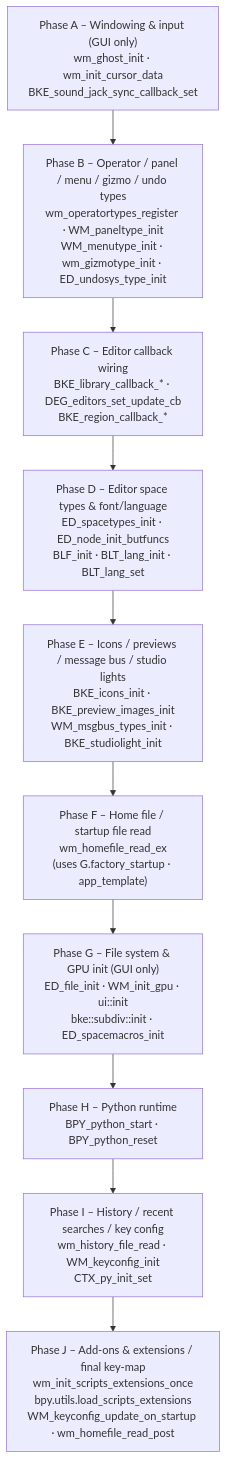
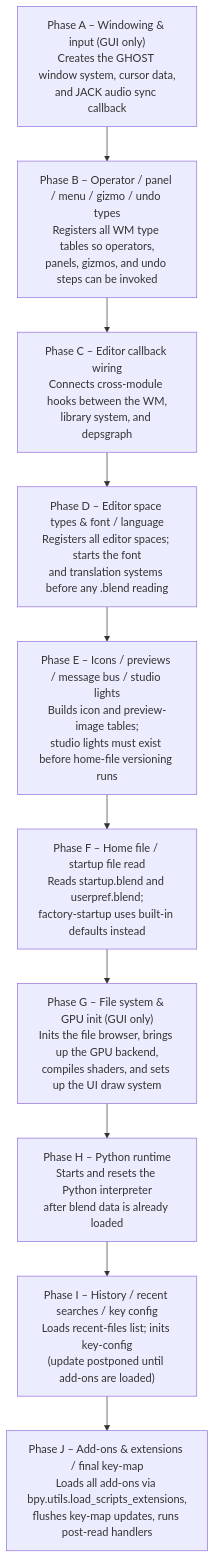
One commit to euclid-skyline/Blender_Internals_Notes changed the third of 3 diagrams in Blender_Bootstrapping.md. Above: the diagram before and after it, drawn with Mermaid.

Commit message:
docs: enhance mermaid flowchart in WM_init() with detailed phase descriptions

````diff
--- a/Blender_Bootstrapping.md
+++ b/Blender_Bootstrapping.md
@@ -687,15 +687,15 @@
 ```mermaid
 flowchart TD
-    A["Phase A – Windowing & input (GUI only)\nwm_ghost_init · wm_init_cursor_data\nBKE_sound_jack_sync_callback_set"]
-    B["Phase B – Operator / panel / menu / gizmo / undo types\nwm_operatortypes_register · WM_paneltype_init\nWM_menutype_init · wm_gizmotype_init · ED_undosys_type_init"]
-    C["Phase C – Editor callback wiring\nBKE_library_callback_* · DEG_editors_set_update_cb\nBKE_region_callback_*"]
-    D["Phase D – Editor space types & font/language\nED_spacetypes_init · ED_node_init_butfuncs\nBLF_init · BLT_lang_init · BLT_lang_set"]
-    E["Phase E – Icons / previews / message bus / studio lights\nBKE_icons_init · BKE_preview_images_init\nWM_msgbus_types_init · BKE_studiolight_init"]
-    F["Phase F – Home file / startup file read\nwm_homefile_read_ex\n(uses G.factory_startup · app_template)"]
-    G2["Phase G – File system & GPU init (GUI only)\nED_file_init · WM_init_gpu · ui::init\nbke::subdiv::init · ED_spacemacros_init"]
-    H["Phase H – Python runtime\nBPY_python_start · BPY_python_reset"]
-    I["Phase I – History / recent searches / key config\nwm_history_file_read · WM_keyconfig_init\nCTX_py_init_set"]
-    J["Phase J – Add-ons & extensions / final key-map\nwm_init_scripts_extensions_once\nbpy.utils.load_scripts_extensions\nWM_keyconfig_update_on_startup · wm_homefile_read_post"]
+    A["Phase A – Windowing & input (GUI only)<br/>Creates the GHOST window system, cursor data,<br/>and JACK audio sync callback"]
+    B["Phase B – Operator / panel / menu / gizmo / undo types<br/>Registers all WM type tables so operators,<br/>panels, gizmos, and undo steps can be invoked"]
+    C["Phase C – Editor callback wiring<br/>Connects cross-module hooks between the WM,<br/>library system, and depsgraph"]
+    D["Phase D – Editor space types & font / language<br/>Registers all editor spaces; starts the font<br/>and translation systems before any .blend reading"]
+    E["Phase E – Icons / previews / message bus / studio lights<br/>Builds icon and preview-image tables;<br/>studio lights must exist before home-file versioning runs"]
+    F["Phase F – Home file / startup file read<br/>Reads startup.blend and userpref.blend;<br/>factory-startup uses built-in defaults instead"]
+    G2["Phase G – File system & GPU init (GUI only)<br/>Inits the file browser, brings up the GPU backend,<br/>compiles shaders, and sets up the UI draw system"]
+    H["Phase H – Python runtime<br/>Starts and resets the Python interpreter<br/>after blend data is already loaded"]
+    I["Phase I – History / recent searches / key config<br/>Loads recent-files list; inits key-config<br/>(update postponed until add-ons are loaded)"]
+    J["Phase J – Add-ons & extensions / final key-map<br/>Loads all add-ons via bpy.utils.load_scripts_extensions,<br/>flushes key-map updates, runs post-read handlers"]
 
     A --> B --> C --> D --> E --> F --> G2 --> H --> I --> J
 ```
````
